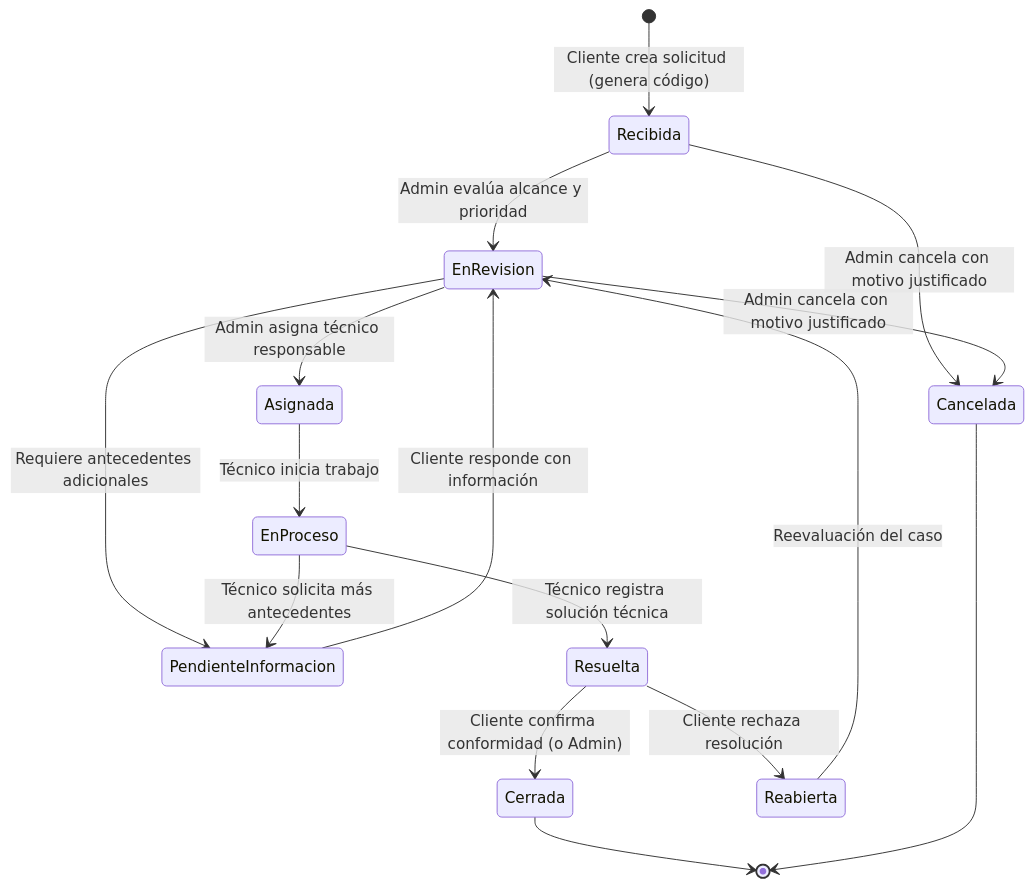
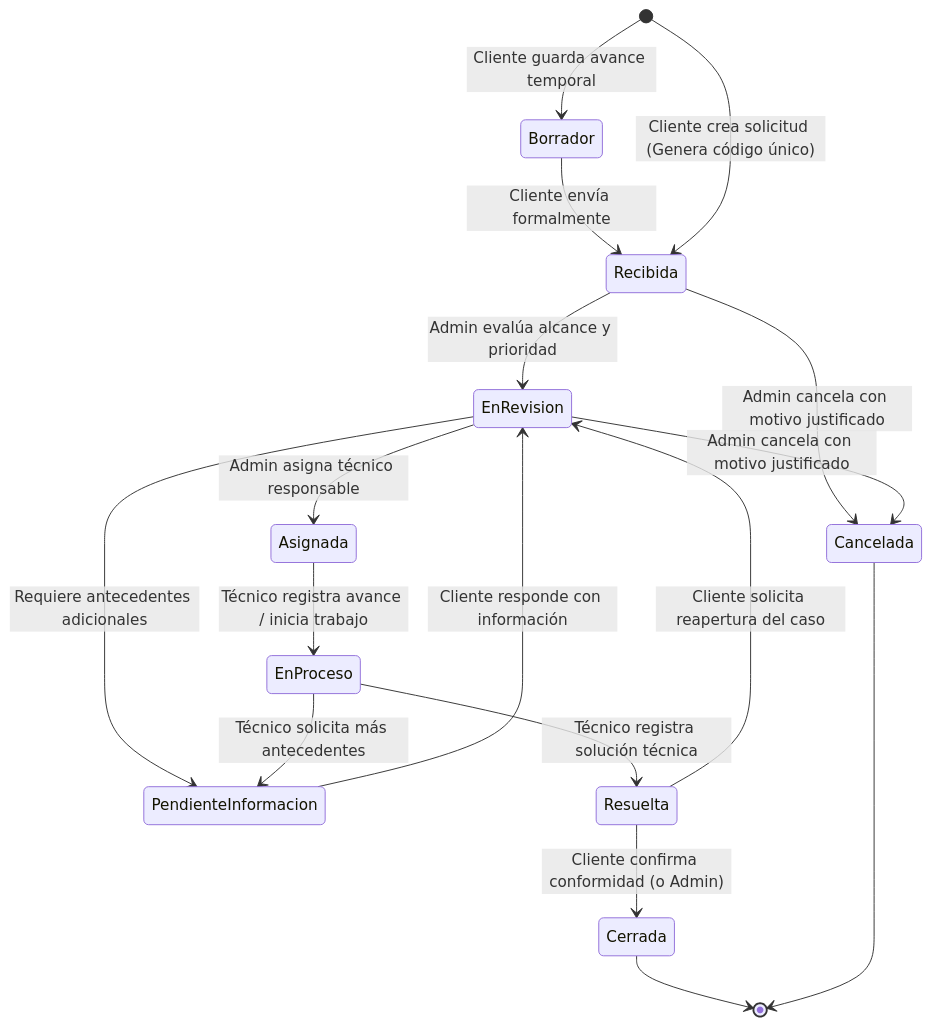
Before and after one commit to Liz-Elizabeth/GSM: the second of 3 diagrams in README.md, drawn with Mermaid. The commit also changed other lines of this file, not shown here.

Commit message:
feat(UPDATE):Actualizacion del readme

````diff
--- a/README.md
+++ b/README.md
@@ -81,18 +105,19 @@
 ```mermaid
 stateDiagram-v2
-    [*] --> Recibida: Cliente crea solicitud (genera código)
+    [*] --> Borrador: Cliente guarda avance temporal
+    Borrador --> Recibida: Cliente envía formalmente
+    [*] --> Recibida: Cliente crea solicitud (Genera código único)
     Recibida --> EnRevision: Admin evalúa alcance y prioridad
     EnRevision --> PendienteInformacion: Requiere antecedentes adicionales
     PendienteInformacion --> EnRevision: Cliente responde con información
     EnRevision --> Asignada: Admin asigna técnico responsable
-    Asignada --> EnProceso: Técnico inicia trabajo
+    Asignada --> EnProceso: Técnico registra avance / inicia trabajo
     EnProceso --> PendienteInformacion: Técnico solicita más antecedentes
     EnProceso --> Resuelta: Técnico registra solución técnica
     Resuelta --> Cerrada: Cliente confirma conformidad (o Admin)
-    Resuelta --> Reabierta: Cliente rechaza resolución
-    Reabierta --> EnRevision: Reevaluación del caso
+    Resuelta --> EnRevision: Cliente solicita reapertura del caso
     Recibida --> Cancelada: Admin cancela con motivo justificado
     EnRevision --> Cancelada: Admin cancela con motivo justificado
     Cerrada --> [*]
     Cancelada --> [*]
 ```
````
